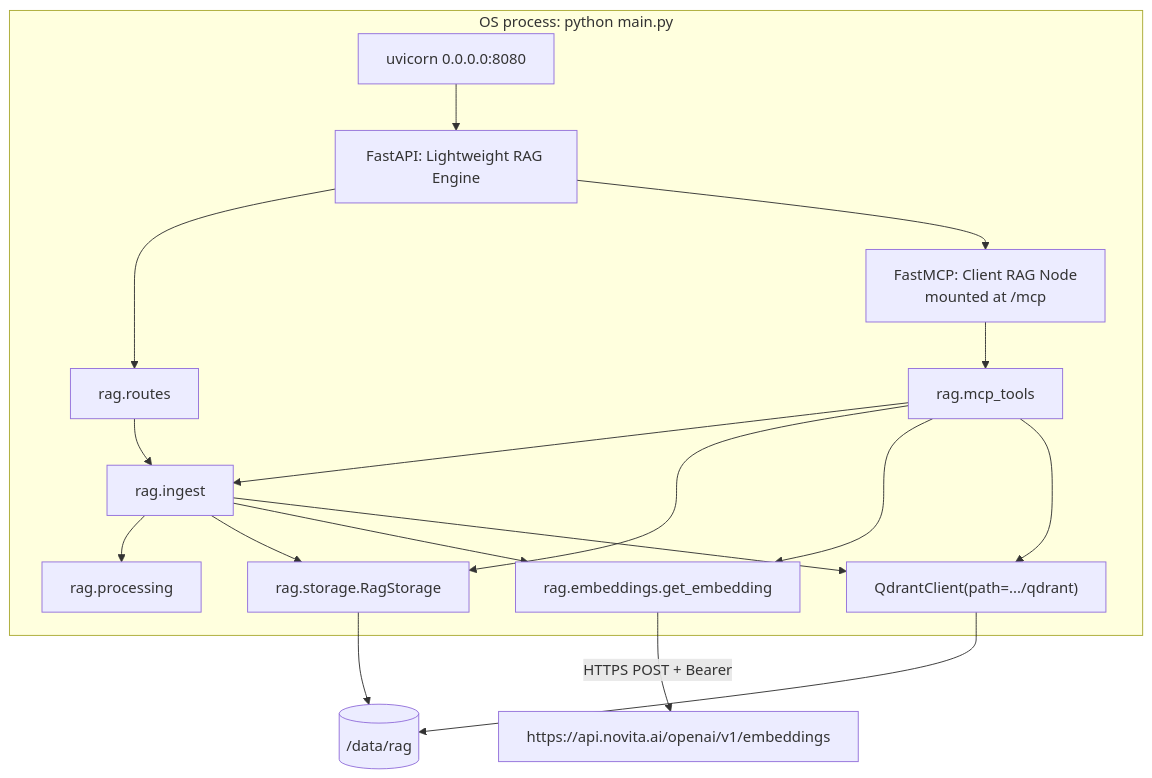
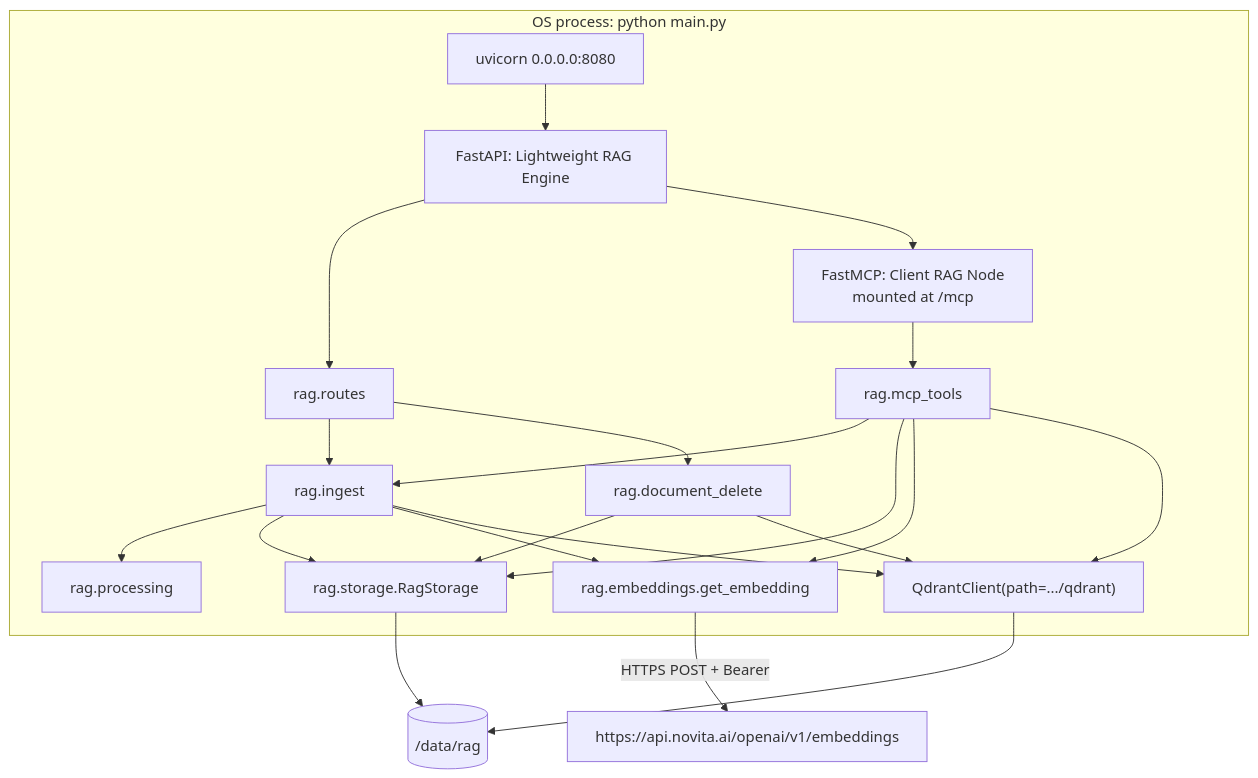
Before and after one commit to mkrejp/fastmcp-rag-timer: the second of 4 diagrams in docs/ARCHITECTURE.md, drawn with Mermaid. The commit also changed other lines of this file and 9 other files, not shown here.

First line of the commit message:
Add authenticated DELETE /documents/{doc_id} for RAG cleanup. (#21)

````diff
--- a/docs/ARCHITECTURE.md
+++ b/docs/ARCHITECTURE.md
@@ -71,33 +72,37 @@
 ```mermaid
 flowchart TB
   subgraph process["OS process: python main.py"]
     uvicorn["uvicorn 0.0.0.0:8080"]
     fastapi["FastAPI: Lightweight RAG Engine"]
     mcp["FastMCP: Client RAG Node<br/>mounted at /mcp"]
     routes["rag.routes"]
     tools["rag.mcp_tools"]
     ingest["rag.ingest"]
+    deleteDoc["rag.document_delete"]
     proc["rag.processing"]
     embed["rag.embeddings.get_embedding"]
     storage["rag.storage.RagStorage"]
     qdrant["QdrantClient(path=.../qdrant)"]
     uvicorn --> fastapi
     fastapi --> routes
     fastapi --> mcp
     mcp --> tools
     routes --> ingest
+    routes --> deleteDoc
+    deleteDoc --> storage
+    deleteDoc --> qdrant
     tools --> ingest
     tools --> storage
     tools --> embed
     tools --> qdrant
     ingest --> proc
     ingest --> storage
     ingest --> embed
     ingest --> qdrant
   end
   disk[("/data/rag")]
   novita["https://api.novita.ai/openai/v1/embeddings"]
   storage --> disk
   qdrant --> disk
   embed -->|"HTTPS POST + Bearer"| novita
 ```
````
